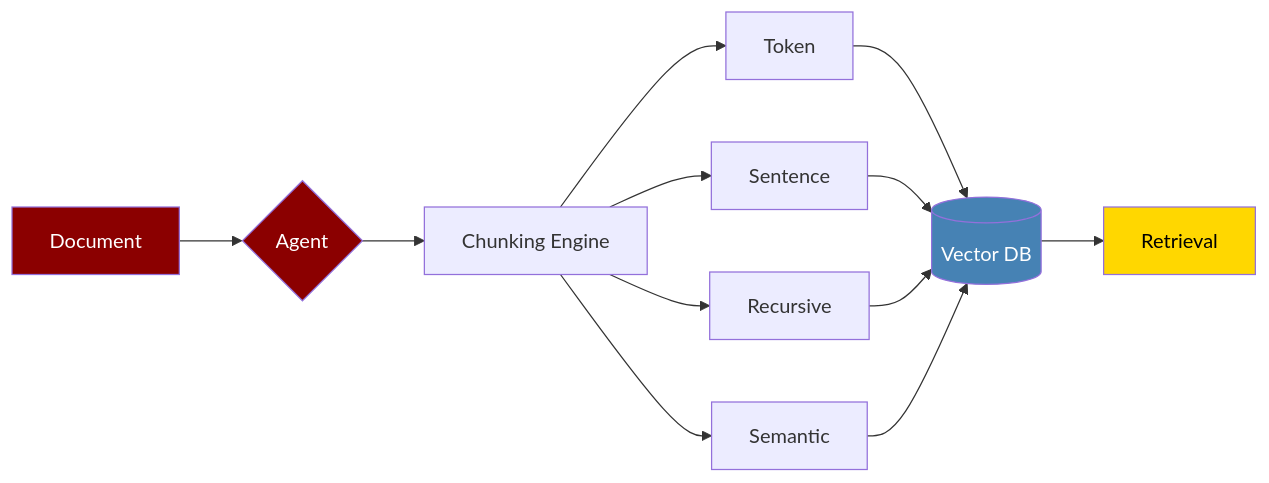
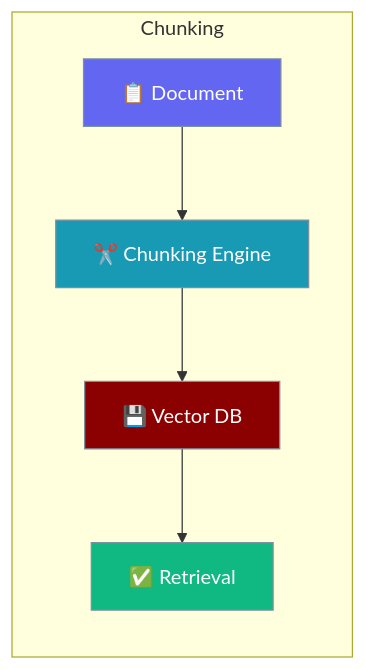
The first of 3 diagrams in docs/features/chunking-strategies.mdx (MervinPraison/PraisonAIDocs), drawn with Mermaid before and after one commit. The commit also changed other lines of this file and 2 other files, not shown here.

Commit message:
docs: add graph LR hero + sequenceDiagram to chunking-strategies, bot-routing, chat-with-pdf (#1675)

````diff
--- a/docs/features/chunking-strategies.mdx
+++ b/docs/features/chunking-strategies.mdx
@@ -24,28 +24,17 @@
 ```mermaid
-flowchart LR
-    Document[Document] --> Agent{Agent}
-    Agent --> Chunker[Chunking Engine]
-    Chunker --> Token[Token]
-    Chunker --> Sentence[Sentence]
-    Chunker --> Recursive[Recursive]
-    Chunker --> Semantic[Semantic]
-    
-    Token --> VectorDB[(Vector DB)]
-    Sentence --> VectorDB
-    Recursive --> VectorDB
-    Semantic --> VectorDB
-    
-    VectorDB --> Retrieval[Retrieval]
+graph LR
+    subgraph "Chunking"
+        Document[📋 Document] --> Chunker[✂️ Chunking Engine]
+        Chunker --> VectorDB[💾 Vector DB]
+        VectorDB --> Retrieval[✅ Retrieval]
+    end
 
-    style Document fill:#8B0000,color:#fff
-    style Agent fill:#8B0000,color:#fff
-    style VectorDB fill:#4682B4,color:#fff
-    style Retrieval fill:#FFD700,color:#000
-    classDef agent fill:#8B0000,stroke:#7C90A0,color:#fff
+    classDef input fill:#6366F1,stroke:#7C90A0,color:#fff
     classDef tool fill:#189AB4,stroke:#7C90A0,color:#fff
+    classDef store fill:#8B0000,stroke:#7C90A0,color:#fff
     classDef success fill:#10B981,stroke:#7C90A0,color:#fff
-    class A agent
-    class B,C tool
-    class D success
-
+    class Document input
+    class Chunker tool
+    class VectorDB store
+    class Retrieval success
 ```
````
